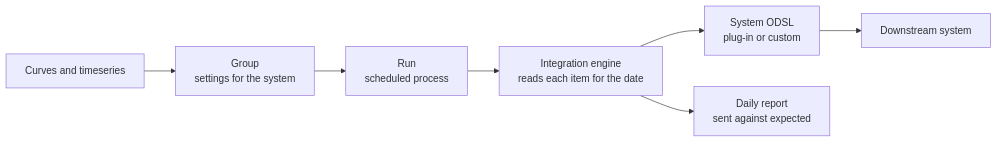
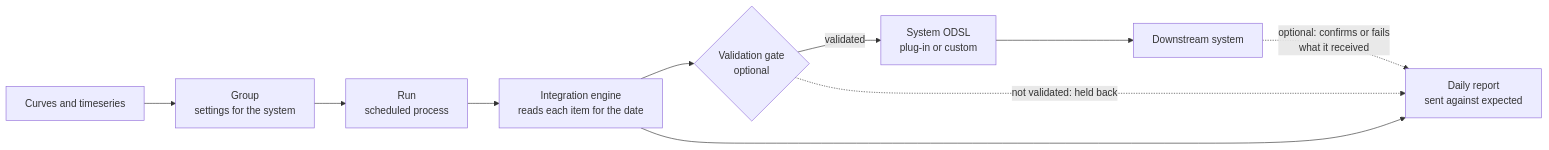
One commit to OpenDataDSL/documentation changed the diagram in docs/extensions/integration/02-how-it-works.md. Above: the diagram before and after it, drawn with Mermaid. The commit also changed other lines of this file and 15 other files, not shown here.

````diff
--- a/docs/extensions/integration/02-how-it-works.md
+++ b/docs/extensions/integration/02-how-it-works.md
@@ -13,9 +13,12 @@
 ```mermaid
 flowchart LR
   D[Curves and timeseries] --> G[Group<br/>settings for the system]
   G --> R[Run<br/>scheduled process]
   R --> E[Integration engine<br/>reads each item for the date]
-  E --> S[System ODSL<br/>plug-in or custom]
+  E --> V{Validation gate<br/>optional}
+  V -- validated --> S[System ODSL<br/>plug-in or custom]
+  V -. not validated: held back .-> P
   S --> X[Downstream system]
   E --> P[Daily report<br/>sent against expected]
+  X -. optional: confirms or fails<br/>what it received .-> P
 ```
````
